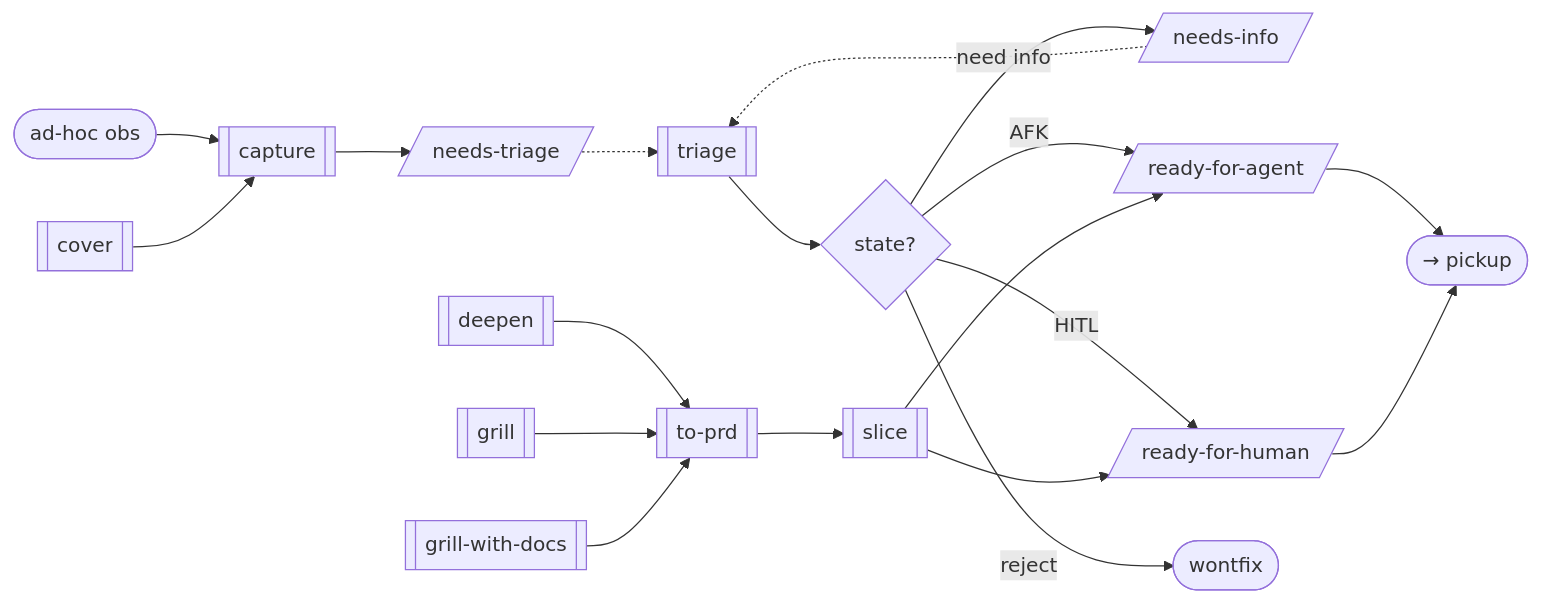
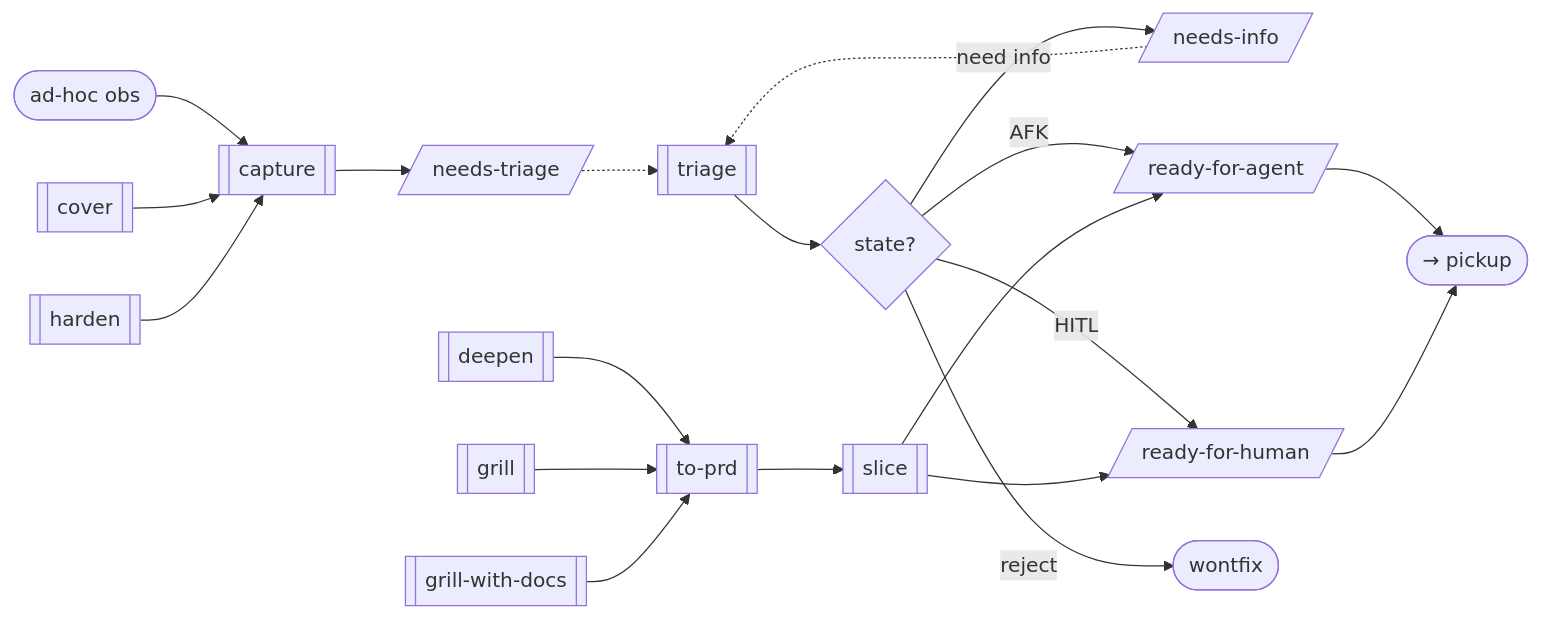
Before and after one commit to krixon/skills: the first of 2 diagrams in skills/WORKFLOWS.md, drawn with Mermaid. The commit also changed other lines of this file and 2 other files, not shown here.

First line of the commit message:
feat: add harden security-finder skill

````diff
--- a/skills/WORKFLOWS.md
+++ b/skills/WORKFLOWS.md
@@ -11,23 +11,24 @@
 ```mermaid
 flowchart LR
     obs([ad-hoc obs]) --> capture[[capture]]
     cover[[cover]] --> capture
+    harden[[harden]] --> capture
     capture --> nt[/needs-triage/]
     nt -.-> triage[[triage]]
     triage --> d{state?}
     d -->|need info| ni[/needs-info/]
     ni -.-> triage
     d -->|AFK| rfa[/ready-for-agent/]
     d -->|HITL| rfh[/ready-for-human/]
     d -->|reject| wf([wontfix])
 
     deepen[[deepen]] --> toprd[[to-prd]]
     grill[[grill]] --> toprd
     gwd[[grill-with-docs]] --> toprd
     toprd --> slice[[slice]]
     slice --> rfa
     slice --> rfh
 
     rfa --> pu([→ pickup])
     rfh --> pu
 ```
````
